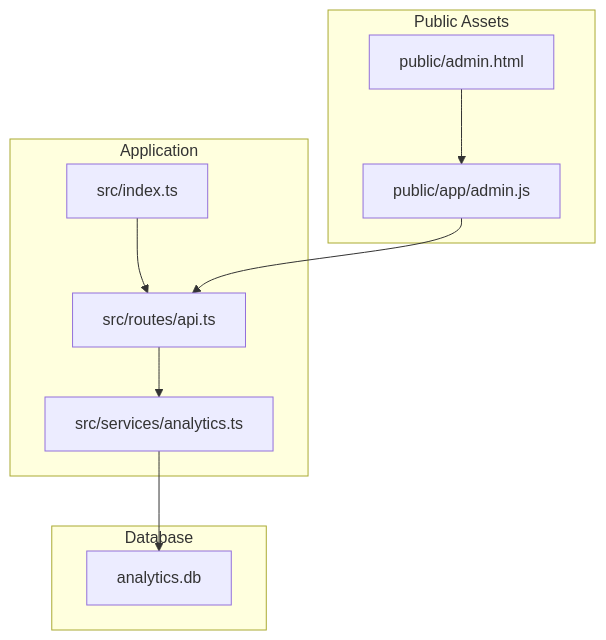
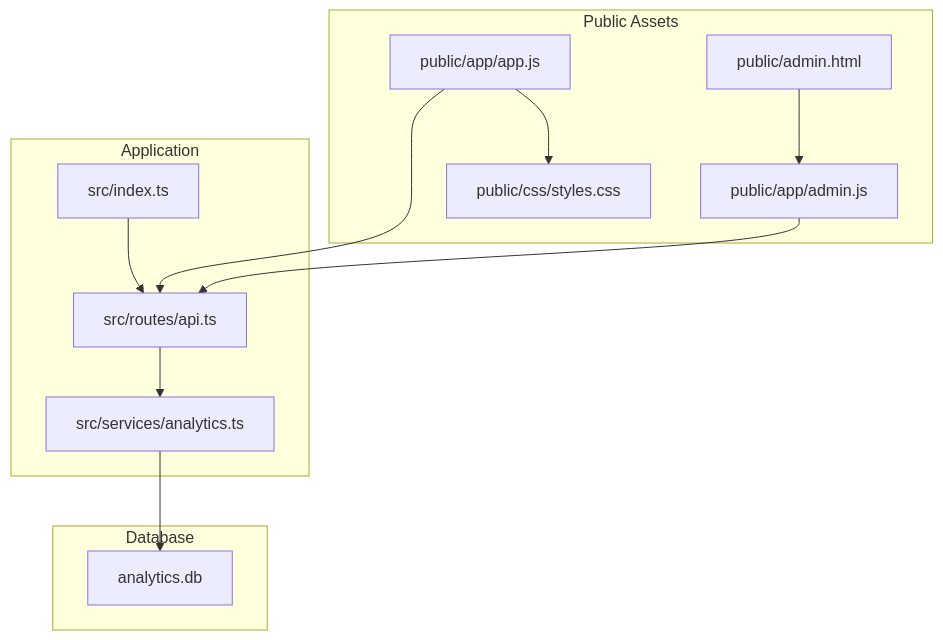
The first of 3 diagrams in .qoder/repowiki/en/content/API Reference/Analytics API.md (dkoukoul/kpop-random-dance-generator), drawn with Mermaid before and after one commit. The commit also changed other lines of this file and 3 other files, not shown here.

````diff
--- a/.qoder/repowiki/en/content/API Reference/Analytics API.md
+++ b/.qoder/repowiki/en/content/API Reference/Analytics API.md
@@ -44,20 +56,24 @@
 ```mermaid
 graph TB
 subgraph "Application"
 IDX["src/index.ts"]
 API["src/routes/api.ts"]
 ANA["src/services/analytics.ts"]
 end
 subgraph "Public Assets"
 ADMIN_HTML["public/admin.html"]
 ADMIN_JS["public/app/admin.js"]
+APP_JS["public/app/app.js"]
+STYLES_CSS["public/css/styles.css"]
 end
 subgraph "Database"
 SQLITE["analytics.db"]
 end
 IDX --> API
 API --> ANA
 ADMIN_HTML --> ADMIN_JS
+APP_JS --> API
 ADMIN_JS --> API
 ANA --> SQLITE
+APP_JS --> STYLES_CSS
 ```
````
